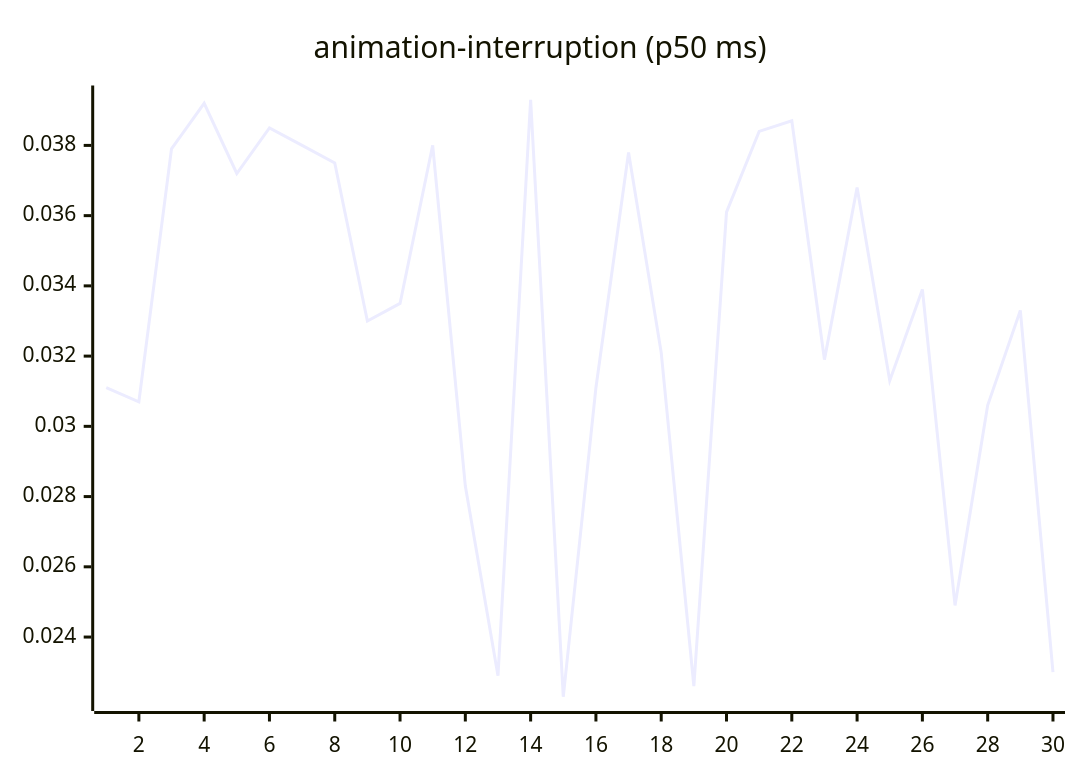
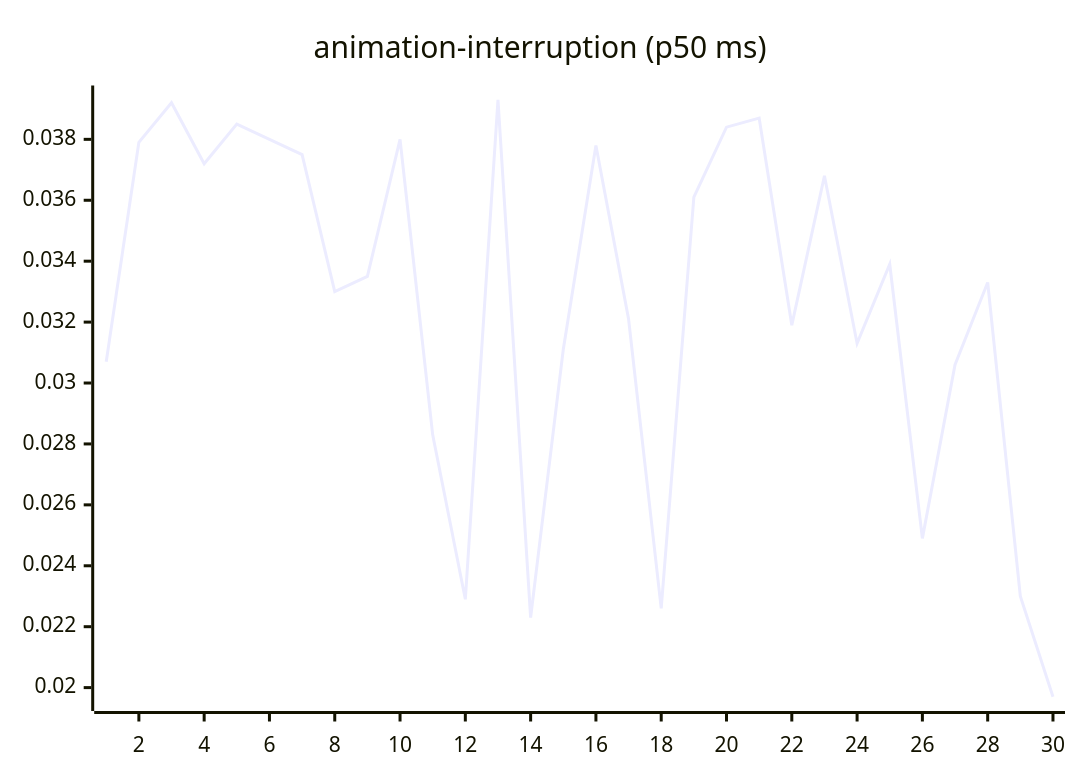
The third of 27 diagrams in README.md (josha/Facet), drawn with Mermaid before and after one commit. The commit also changed other lines of this file and 2 other files, not shown here.

````diff
--- a/README.md
+++ b/README.md
@@ -77,6 +77,6 @@
 ```mermaid
 xychart-beta
     title "animation-interruption (p50 ms)"
     x-axis 1 --> 30
-    line [0.0311, 0.0307, 0.0379, 0.0392, 0.0372, 0.0385, 0.0380, 0.0375, 0.0330, 0.0335, 0.0380, 0.0283, 0.0229, 0.0393, 0.0223, 0.0311, 0.0378, 0.0321, 0.0226, 0.0361, 0.0384, 0.0387, 0.0319, 0.0368, 0.0313, 0.0339, 0.0249, 0.0306, 0.0333, 0.0230]
+    line [0.0307, 0.0379, 0.0392, 0.0372, 0.0385, 0.0380, 0.0375, 0.0330, 0.0335, 0.0380, 0.0283, 0.0229, 0.0393, 0.0223, 0.0311, 0.0378, 0.0321, 0.0226, 0.0361, 0.0384, 0.0387, 0.0319, 0.0368, 0.0313, 0.0339, 0.0249, 0.0306, 0.0333, 0.0230, 0.0197]
 ```
````
